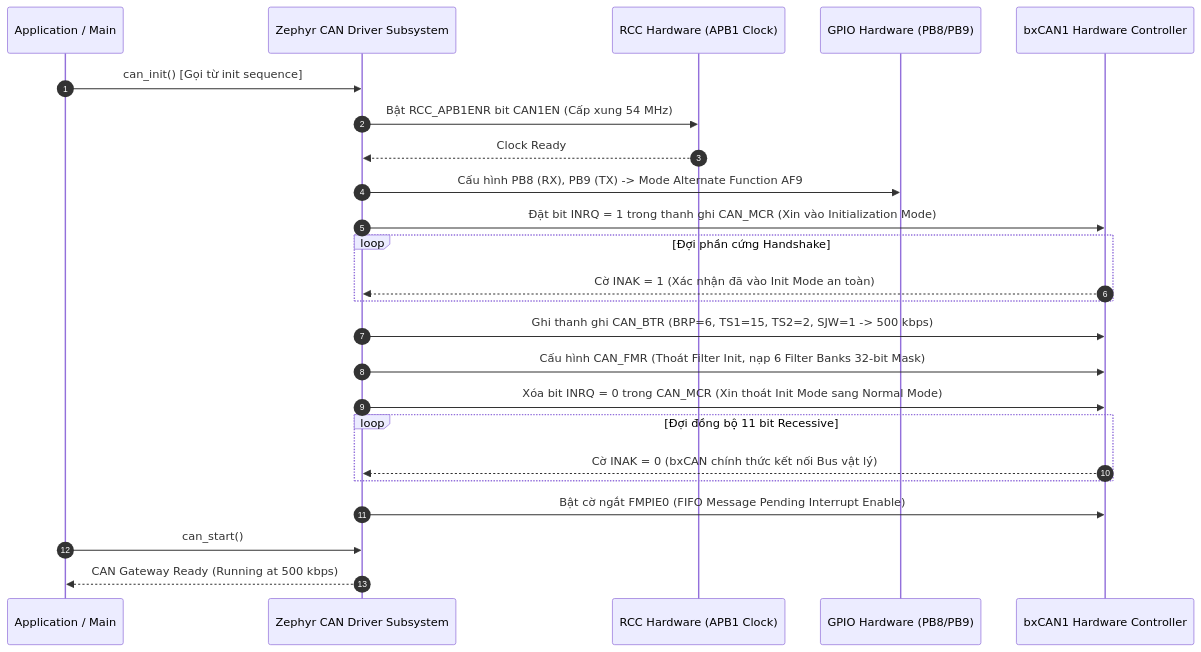
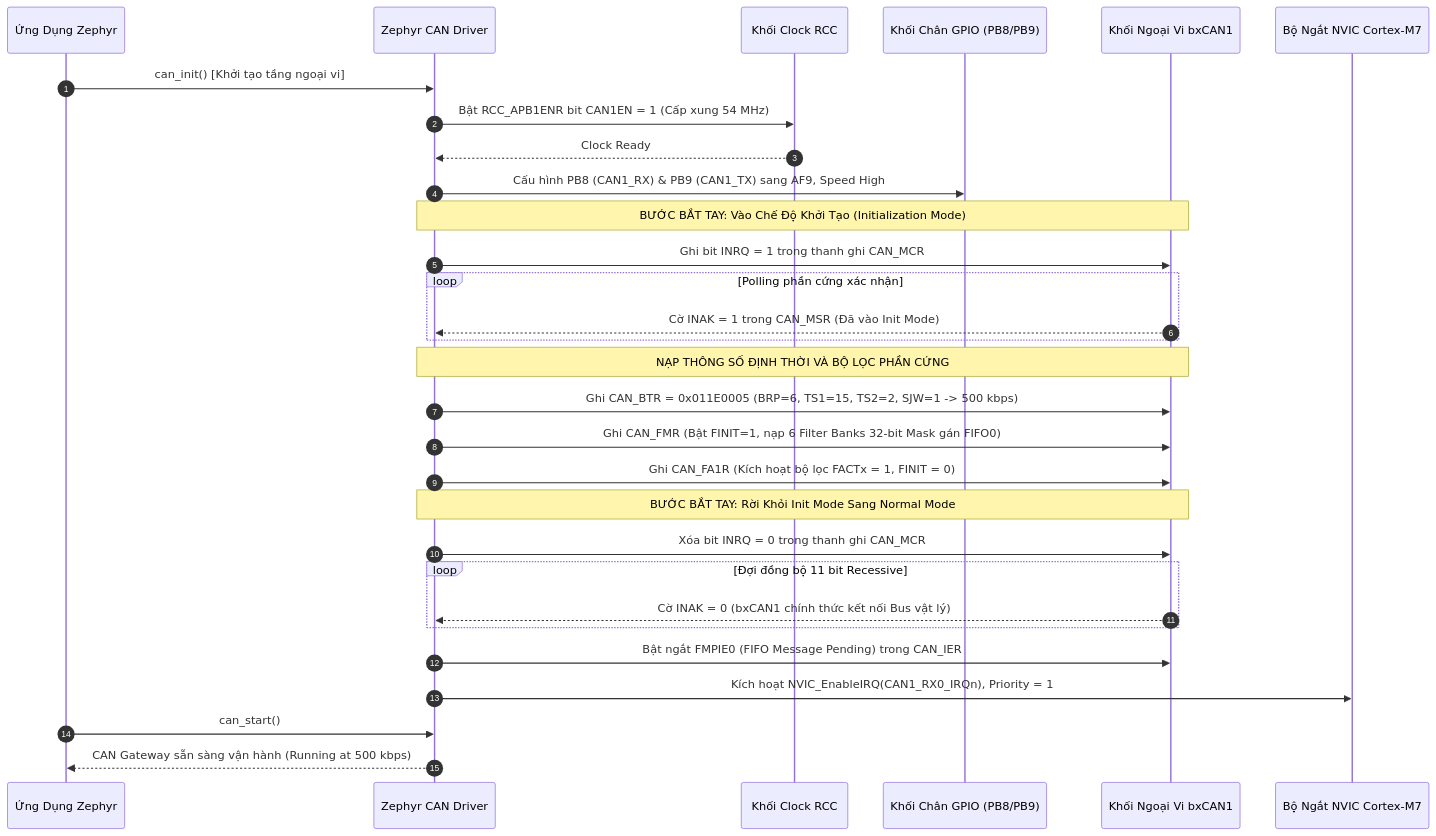
One commit to HuynhTran112/source changed the first of 3 diagrams in project1_can_gateway_interview.md. Above: the diagram before and after it, drawn with Mermaid. The commit also changed other lines of this file and 1 other file, not shown here.

````diff
--- a/project1_can_gateway_interview.md
+++ b/project1_can_gateway_interview.md
@@ -201,31 +331,38 @@
 ```mermaid
 sequenceDiagram
     autonumber
-    participant App as Application / Main
-    participant Z_CAN as Zephyr CAN Driver Subsystem
-    participant HW_RCC as RCC Hardware (APB1 Clock)
-    participant HW_GPIO as GPIO Hardware (PB8/PB9)
-    participant HW_bxCAN as bxCAN1 Hardware Controller
+    participant App as Ứng Dụng Zephyr
+    participant Z_CAN as Zephyr CAN Driver
+    participant RCC as Khối Clock RCC
+    participant GPIO as Khối Chân GPIO (PB8/PB9)
+    participant bxCAN as Khối Ngoại Vi bxCAN1
+    participant NVIC as Bộ Ngắt NVIC Cortex-M7
 
-    App->>Z_CAN: can_init() [Gọi từ init sequence]
-    Z_CAN->>HW_RCC: Bật RCC_APB1ENR bit CAN1EN (Cấp xung 54 MHz)
-    HW_RCC-->>Z_CAN: Clock Ready
-    Z_CAN->>HW_GPIO: Cấu hình PB8 (RX), PB9 (TX) -> Mode Alternate Function AF9
+    App->>Z_CAN: can_init() [Khởi tạo tầng ngoại vi]
+    Z_CAN->>RCC: Bật RCC_APB1ENR bit CAN1EN = 1 (Cấp xung 54 MHz)
+    RCC-->>Z_CAN: Clock Ready
     
-    Z_CAN->>HW_bxCAN: Đặt bit INRQ = 1 trong thanh ghi CAN_MCR (Xin vào Initialization Mode)
-    loop Đợi phần cứng Handshake
-        HW_bxCAN-->>Z_CAN: Cờ INAK = 1 (Xác nhận đã vào Init Mode an toàn)
+    Z_CAN->>GPIO: Cấu hình PB8 (CAN1_RX) & PB9 (CAN1_TX) sang AF9, Speed High
+    
+    Note over Z_CAN,bxCAN: BƯỚC BẮT TAY: Vào Chế Độ Khởi Tạo (Initialization Mode)
+    Z_CAN->>bxCAN: Ghi bit INRQ = 1 trong thanh ghi CAN_MCR
+    loop Polling phần cứng xác nhận
+        bxCAN-->>Z_CAN: Cờ INAK = 1 trong CAN_MSR (Đã vào Init Mode)
     end
     
-    Z_CAN->>HW_bxCAN: Ghi thanh ghi CAN_BTR (BRP=6, TS1=15, TS2=2, SJW=1 -> 500 kbps)
-    Z_CAN->>HW_bxCAN: Cấu hình CAN_FMR (Thoát Filter Init, nạp 6 Filter Banks 32-bit Mask)
-    Z_CAN->>HW_bxCAN: Xóa bit INRQ = 0 trong CAN_MCR (Xin thoát Init Mode sang Normal Mode)
+    Note over Z_CAN,bxCAN: NẠP THÔNG SỐ ĐỊNH THỜI VÀ BỘ LỌC PHẦN CỨNG
+    Z_CAN->>bxCAN: Ghi CAN_BTR = 0x011E0005 (BRP=6, TS1=15, TS2=2, SJW=1 -> 500 kbps)
+    Z_CAN->>bxCAN: Ghi CAN_FMR (Bật FINIT=1, nạp 6 Filter Banks 32-bit Mask gán FIFO0)
+    Z_CAN->>bxCAN: Ghi CAN_FA1R (Kích hoạt bộ lọc FACTx = 1, FINIT = 0)
     
+    Note over Z_CAN,bxCAN: BƯỚC BẮT TAY: Rời Khỏi Init Mode Sang Normal Mode
+    Z_CAN->>bxCAN: Xóa bit INRQ = 0 trong thanh ghi CAN_MCR
     loop Đợi đồng bộ 11 bit Recessive
-        HW_bxCAN-->>Z_CAN: Cờ INAK = 0 (bxCAN chính thức kết nối Bus vật lý)
+        bxCAN-->>Z_CAN: Cờ INAK = 0 (bxCAN1 chính thức kết nối Bus vật lý)
     end
     
-    Z_CAN->>HW_bxCAN: Bật cờ ngắt FMPIE0 (FIFO Message Pending Interrupt Enable)
+    Z_CAN->>bxCAN: Bật ngắt FMPIE0 (FIFO Message Pending) trong CAN_IER
+    Z_CAN->>NVIC: Kích hoạt NVIC_EnableIRQ(CAN1_RX0_IRQn), Priority = 1
     App->>Z_CAN: can_start()
-    Z_CAN-->>App: CAN Gateway Ready (Running at 500 kbps)
+    Z_CAN-->>App: CAN Gateway sẵn sàng vận hành (Running at 500 kbps)
 ```
````
